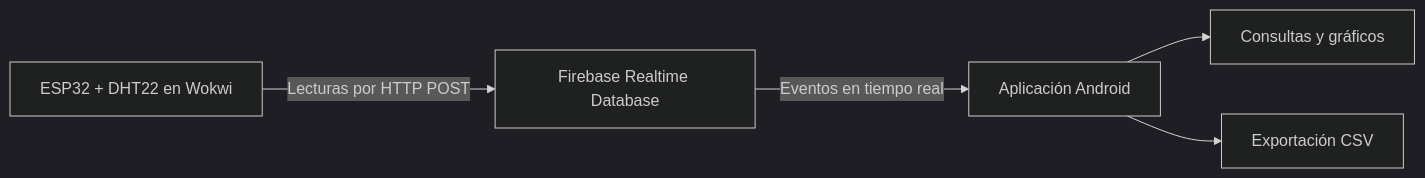
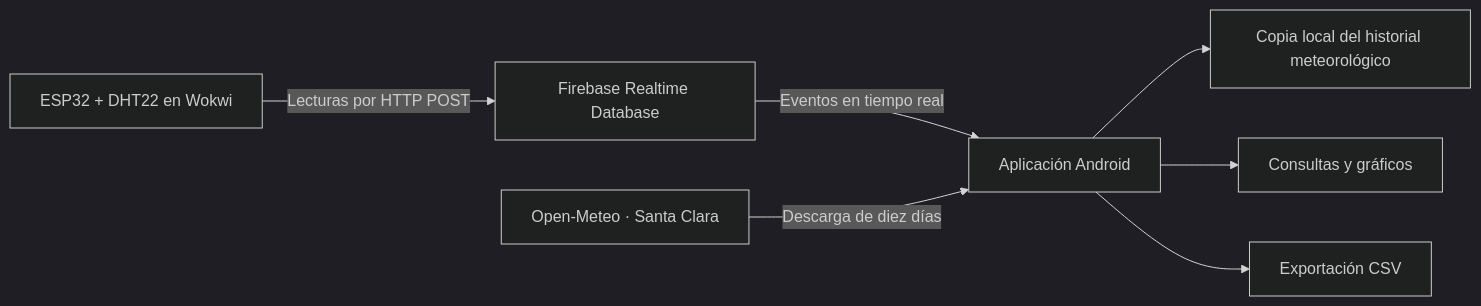
One commit to greivinsmv/Consulta-de-variables-ambientales changed the diagram in README.md. Above: the diagram before and after it, drawn with Mermaid (dark theme). The commit also changed other lines of this file and 12 other files, not shown here.

Commit message:
Integra historial de Open-Meteo para Santa Clara con copia local y CSV

````diff
--- a/README.md
+++ b/README.md
@@ -19,7 +20,9 @@
 ```mermaid
 flowchart LR
     A[ESP32 + DHT22 en Wokwi] -->|Lecturas por HTTP POST| B[Firebase Realtime Database]
     B -->|Eventos en tiempo real| C[Aplicación Android]
+    F[Open-Meteo · Santa Clara] -->|Descarga de diez días| C
+    C --> G[Copia local del historial meteorológico]
     C --> D[Consultas y gráficos]
     C --> E[Exportación CSV]
 ```
````
